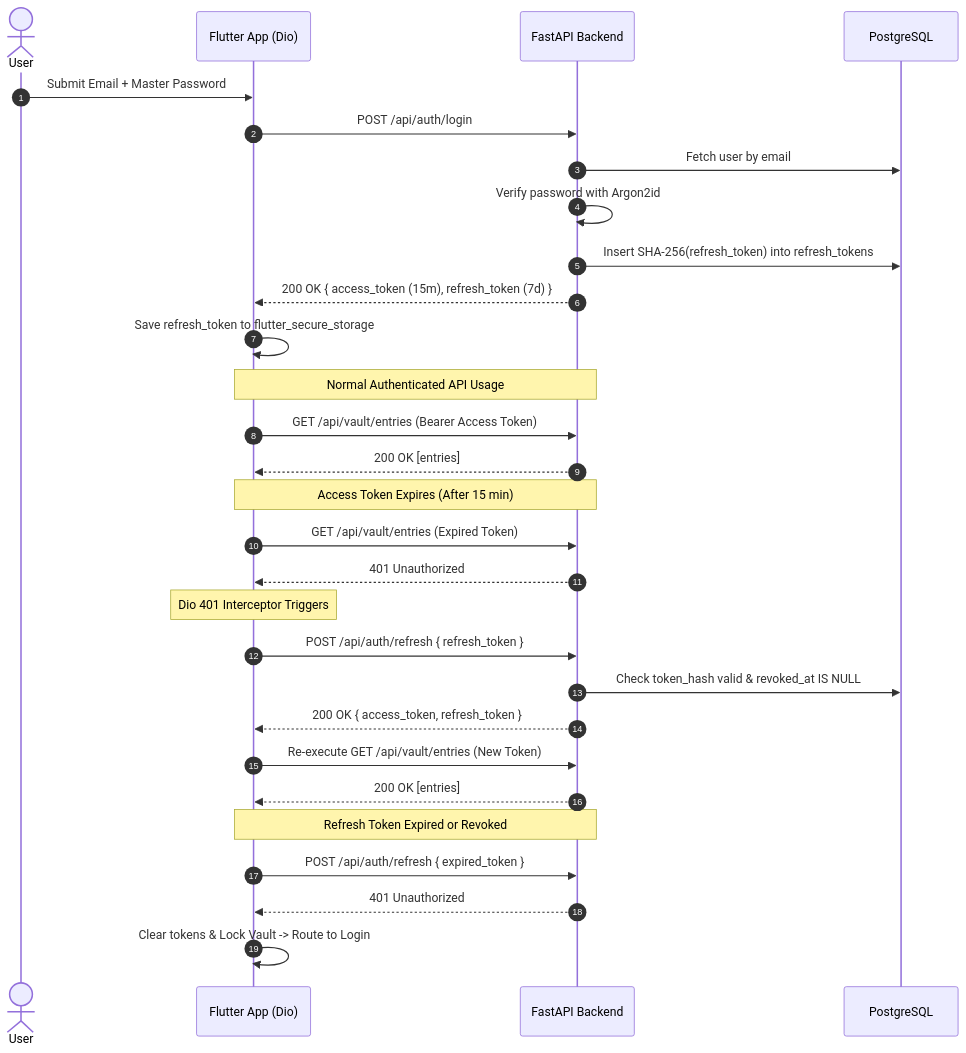
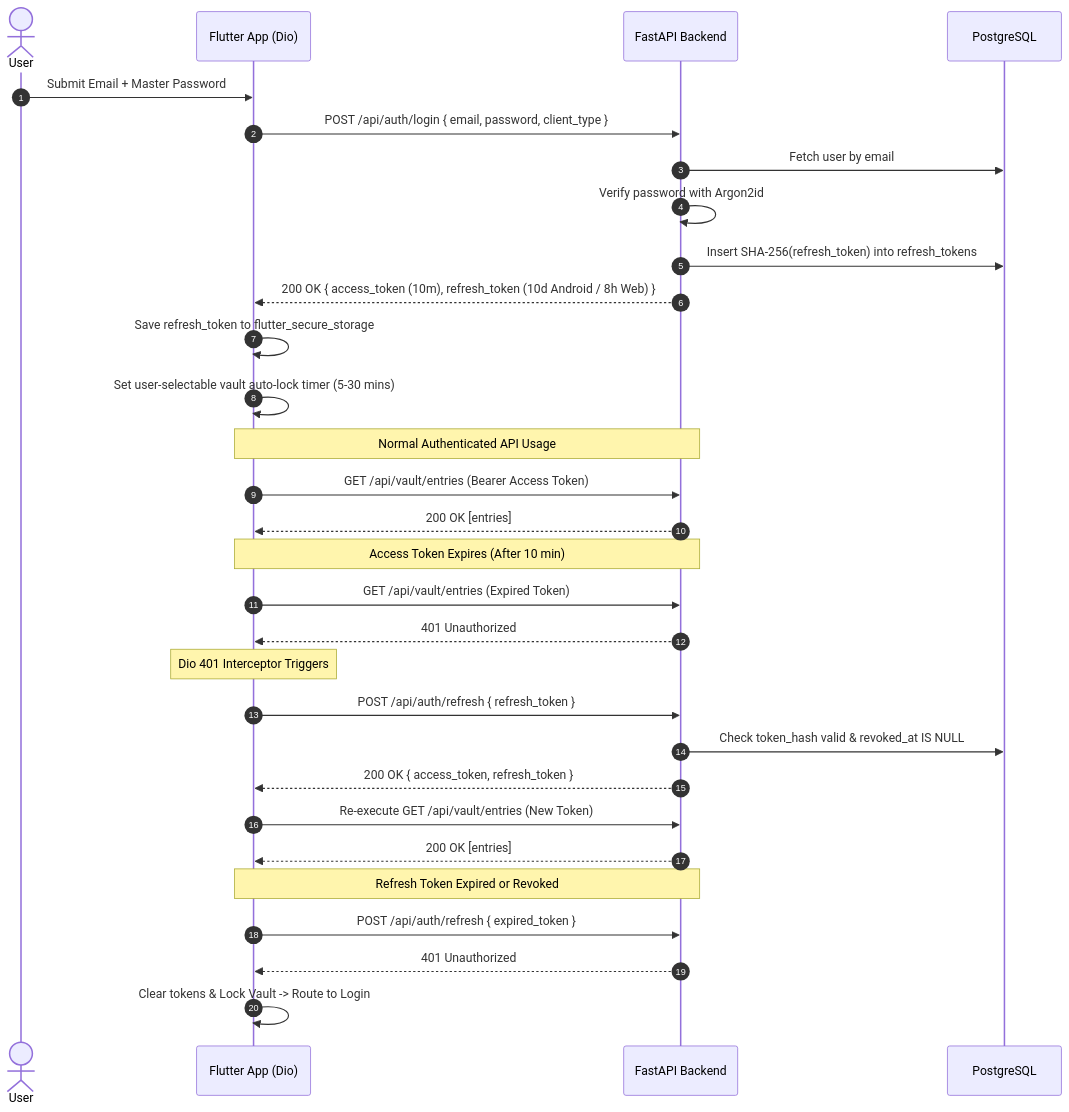
One commit to jakegithub24/PassMan changed the diagram in Artifacts/TRD.md. Above: the diagram before and after it, drawn with Mermaid. The commit also changed other lines of this file and 9 other files, not shown here.

````diff
--- a/Artifacts/TRD.md
+++ b/Artifacts/TRD.md
@@ -238,36 +238,37 @@
 ```mermaid
 sequenceDiagram
     autonumber
     actor User
     participant Flutter as Flutter App (Dio)
     participant API as FastAPI Backend
     participant DB as PostgreSQL
 
     User->>Flutter: Submit Email + Master Password
-    Flutter->>API: POST /api/auth/login
+    Flutter->>API: POST /api/auth/login { email, password, client_type }
     API->>DB: Fetch user by email
     API->>API: Verify password with Argon2id
     API->>DB: Insert SHA-256(refresh_token) into refresh_tokens
-    API-->>Flutter: 200 OK { access_token (15m), refresh_token (7d) }
+    API-->>Flutter: 200 OK { access_token (10m), refresh_token (10d Android / 8h Web) }
     Flutter->>Flutter: Save refresh_token to flutter_secure_storage
+    Flutter->>Flutter: Set user-selectable vault auto-lock timer (5-30 mins)
 
     Note over Flutter,API: Normal Authenticated API Usage
     Flutter->>API: GET /api/vault/entries (Bearer Access Token)
     API-->>Flutter: 200 OK [entries]
 
-    Note over Flutter,API: Access Token Expires (After 15 min)
+    Note over Flutter,API: Access Token Expires (After 10 min)
     Flutter->>API: GET /api/vault/entries (Expired Token)
     API-->>Flutter: 401 Unauthorized
     
     Note over Flutter: Dio 401 Interceptor Triggers
     Flutter->>API: POST /api/auth/refresh { refresh_token }
     API->>DB: Check token_hash valid & revoked_at IS NULL
     API-->>Flutter: 200 OK { access_token, refresh_token }
     Flutter->>API: Re-execute GET /api/vault/entries (New Token)
     API-->>Flutter: 200 OK [entries]
 
     Note over Flutter,API: Refresh Token Expired or Revoked
     Flutter->>API: POST /api/auth/refresh { expired_token }
     API-->>Flutter: 401 Unauthorized
     Flutter->>Flutter: Clear tokens & Lock Vault -> Route to Login
 ```
````
